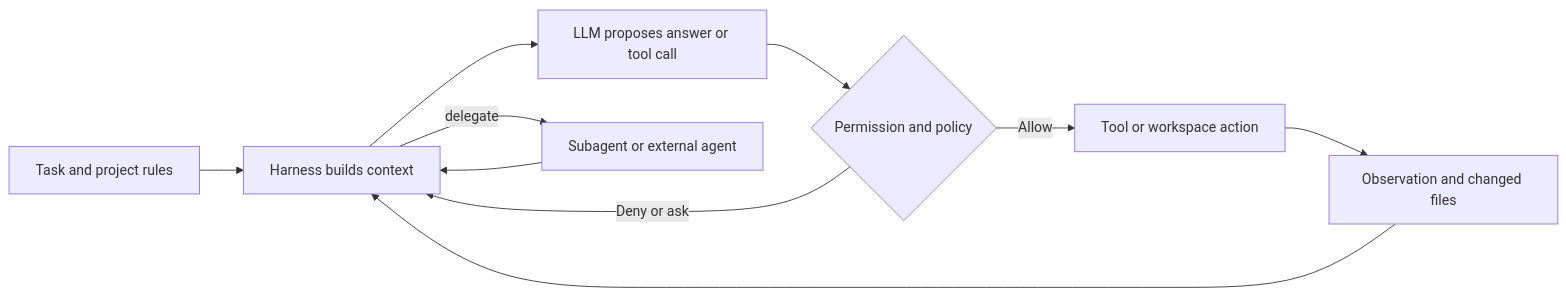
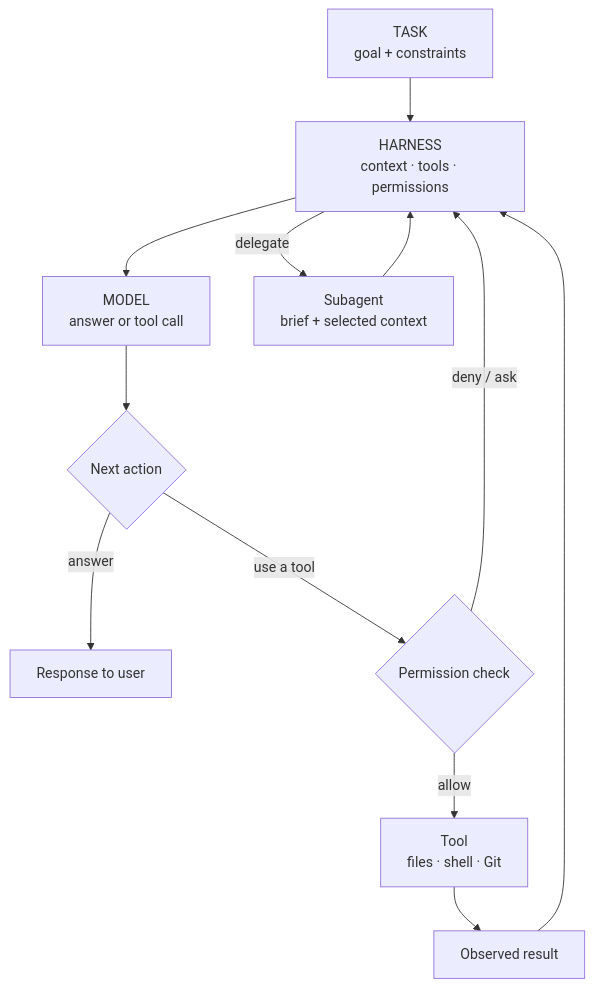
Before and after one commit to valdepeace/my-website: the first of 2 diagrams in blog/2026-10-25-ai-coding-agents-anatomy.md, drawn with Mermaid. The commit also changed other lines of this file, not shown here.

````diff
--- a/blog/2026-10-25-ai-coding-agents-anatomy.md
+++ b/blog/2026-10-25-ai-coding-agents-anatomy.md
@@ -19,12 +19,14 @@
 ```mermaid
-flowchart LR
-  U[Task and project rules] --> H[Harness builds context]
-  H --> M[LLM proposes answer or tool call]
-  M --> G{Permission and policy}
-  G -->|Allow| T[Tool or workspace action]
-  G -->|Deny or ask| H
-  T --> O[Observation and changed files]
+flowchart TB
+  T["TASK<br/>goal + constraints"] --> H["HARNESS<br/>context · tools · permissions"]
+  H --> M["MODEL<br/>answer or tool call"]
+  M --> D{"Next action"}
+  D -->|"answer"| F["Response to user"]
+  D -->|"use a tool"| P{"Permission check"}
+  P -->|"allow"| X["Tool<br/>files · shell · Git"]
+  X --> O["Observed result"]
   O --> H
-  H -->|delegate| S[Subagent or external agent]
+  P -->|"deny / ask"| H
+  H -->|"delegate"| S["Subagent<br/>brief + selected context"]
   S --> H
 ```
````
